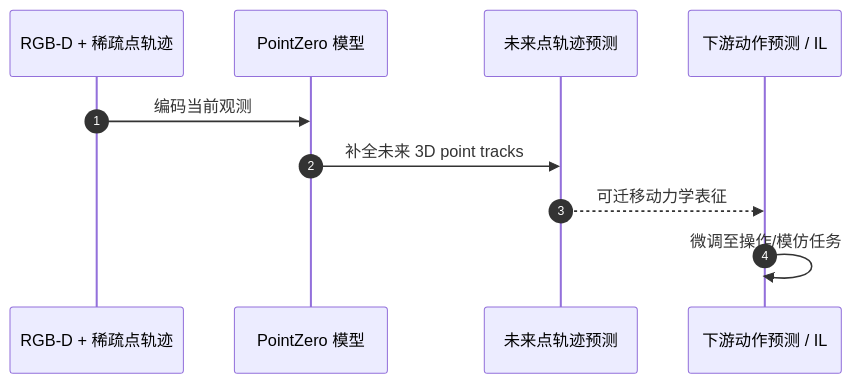
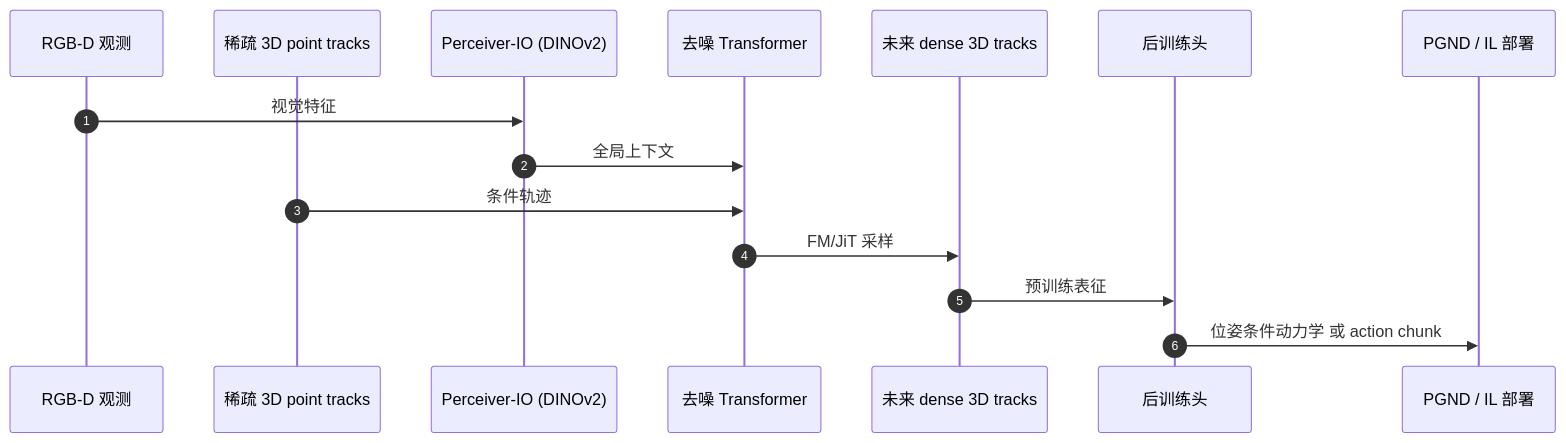
Before and after one commit to ImChong/Robotics_Notebooks: the second of 2 diagrams in wiki/entities/paper-pointzero.md, drawn with Mermaid. The commit also changed other lines of this file and 8 other files, not shown here.

Commit message:
[2026-09-21] ingest | sources/sites/pointzero.md — PointZero 项目页直 ingest：补全架构/PGND/IL 全表；步骤 2.5 代码与 Dataset 待发布

````diff
--- a/wiki/entities/paper-pointzero.md
+++ b/wiki/entities/paper-pointzero.md
@@ -64,12 +125,17 @@
 ```mermaid
 sequenceDiagram
     autonumber
-    participant Data as RGB-D + 稀疏点轨迹
-    participant PT as PointZero 模型
-    participant WM as 未来点轨迹预测
-    participant Down as 下游动作预测 / IL
-    Data->>PT: 编码当前观测
-    PT->>WM: 补全未来 3D point tracks
-    WM-->>Down: 可迁移动力学表征
-    Down->>Down: 微调至操作/模仿任务
+    participant Obs as RGB-D 观测
+    participant Sparse as 稀疏 3D point tracks
+    participant Enc as Perceiver-IO (DINOv2)
+    participant DiT as 去噪 Transformer
+    participant Tracks as 未来 dense 3D tracks
+    participant FT as 后训练头
+    participant Robot as PGND / IL 部署
+    Obs->>Enc: 视觉特征
+    Enc->>DiT: 全局上下文
+    Sparse->>DiT: 条件轨迹
+    DiT->>Tracks: FM/JiT 采样
+    Tracks->>FT: 预训练表征
+    FT->>Robot: 位姿条件动力学 或 action chunk
 ```
````
